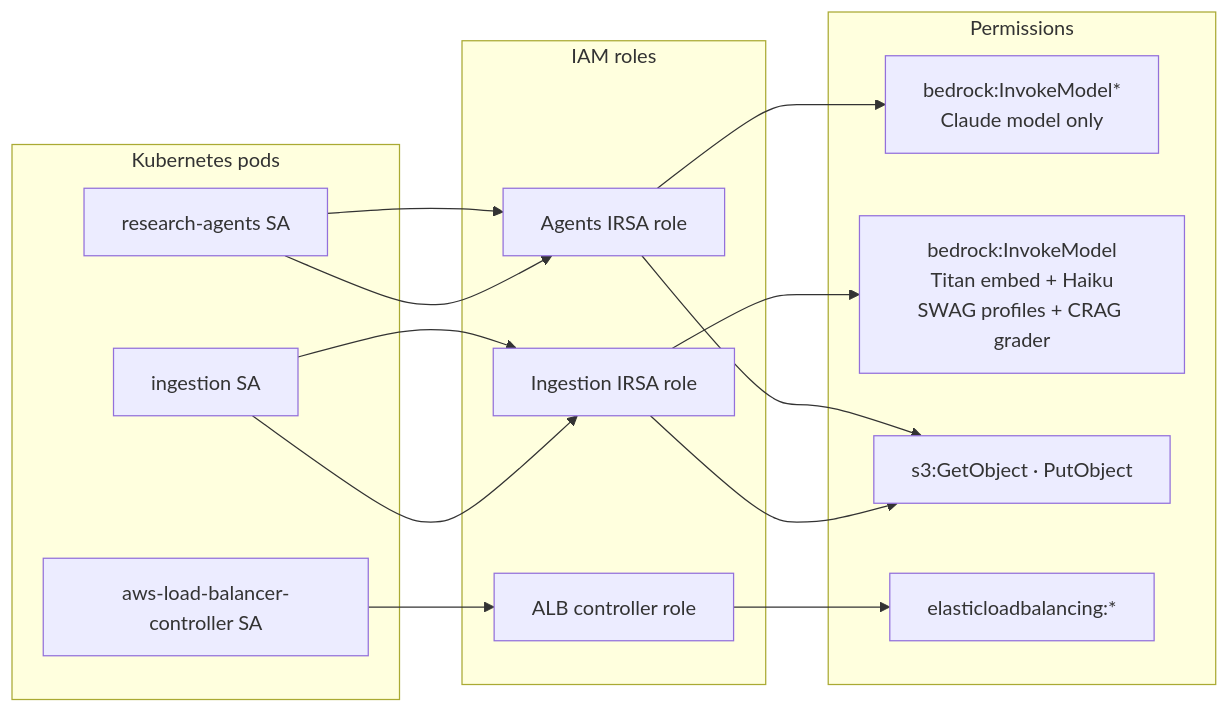
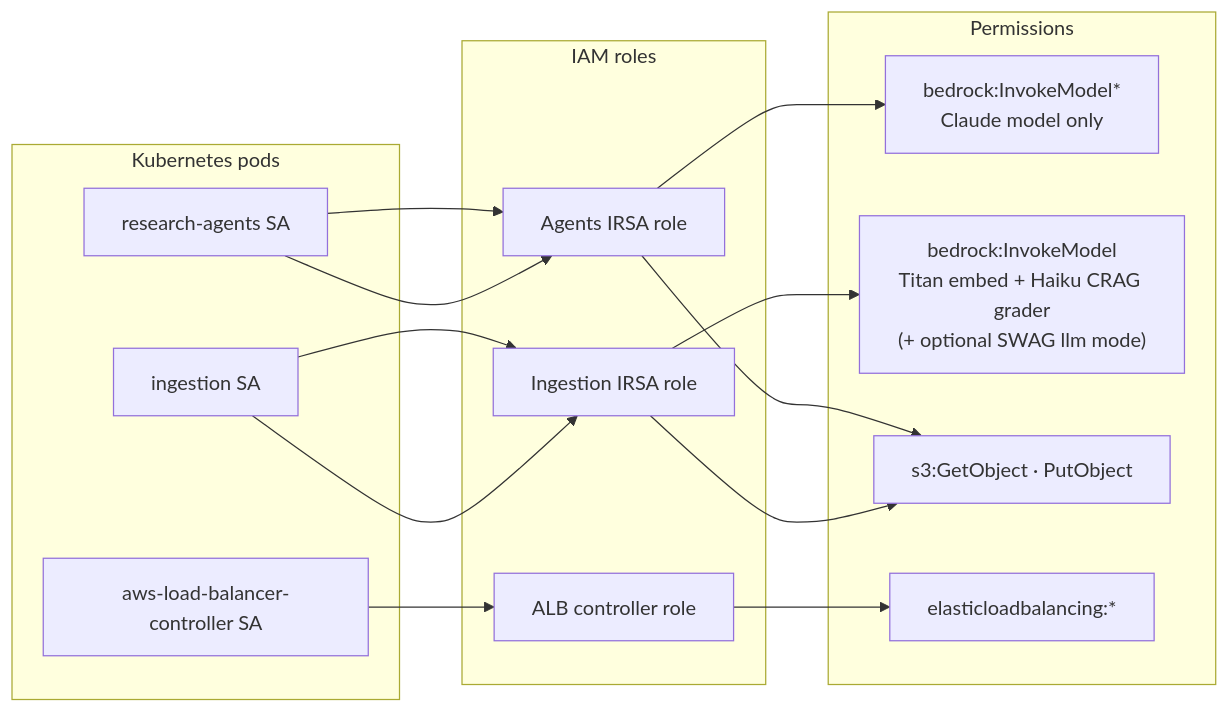
One commit to emguru/langrag changed the sixth of 7 diagrams in docs/ARCHITECTURE_DIAGRAM.md. Above: the diagram before and after it, drawn with Mermaid. The commit also changed other lines of this file and 42 other files, not shown here.

First line of the commit message:
Document SWAG eval pipeline, HITL research flow, and demo tooling.

````diff
--- a/docs/ARCHITECTURE_DIAGRAM.md
+++ b/docs/ARCHITECTURE_DIAGRAM.md
@@ -246,27 +259,27 @@
 ```mermaid
 flowchart LR
   subgraph pods["Kubernetes pods"]
     A["research-agents SA"]
     I["ingestion SA"]
     ALB_SA["aws-load-balancer-controller SA"]
   end
 
   subgraph roles["IAM roles"]
     R1["Agents IRSA role"]
     R2["Ingestion IRSA role"]
     R3["ALB controller role"]
   end
 
   subgraph perms["Permissions"]
     P1["bedrock:InvokeModel*<br/>Claude model only"]
-    P2["bedrock:InvokeModel<br/>Titan embed + Haiku<br/>SWAG profiles + CRAG grader"]
+    P2["bedrock:InvokeModel<br/>Titan embed + Haiku CRAG grader<br/>(+ optional SWAG llm mode)"]
     P3["s3:GetObject · PutObject"]
     P4["elasticloadbalancing:*"]
   end
 
   A --> R1 --> P1
   A --> R1 --> P3
   I --> R2 --> P2
   I --> R2 --> P3
   ALB_SA --> R3 --> P4
 ```
````
